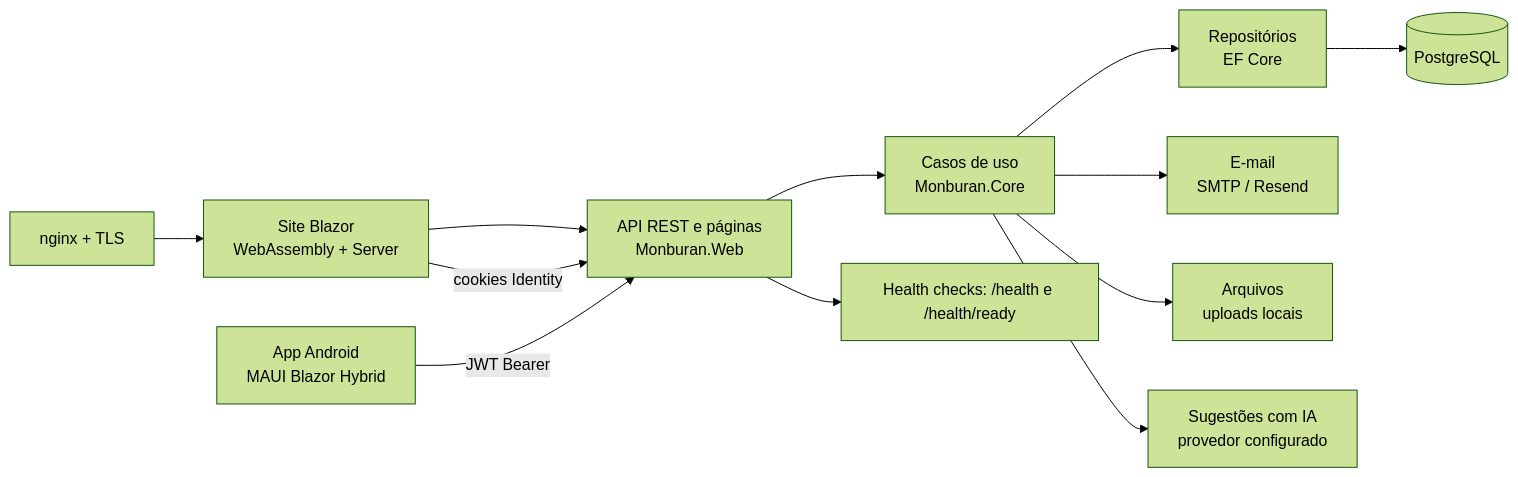
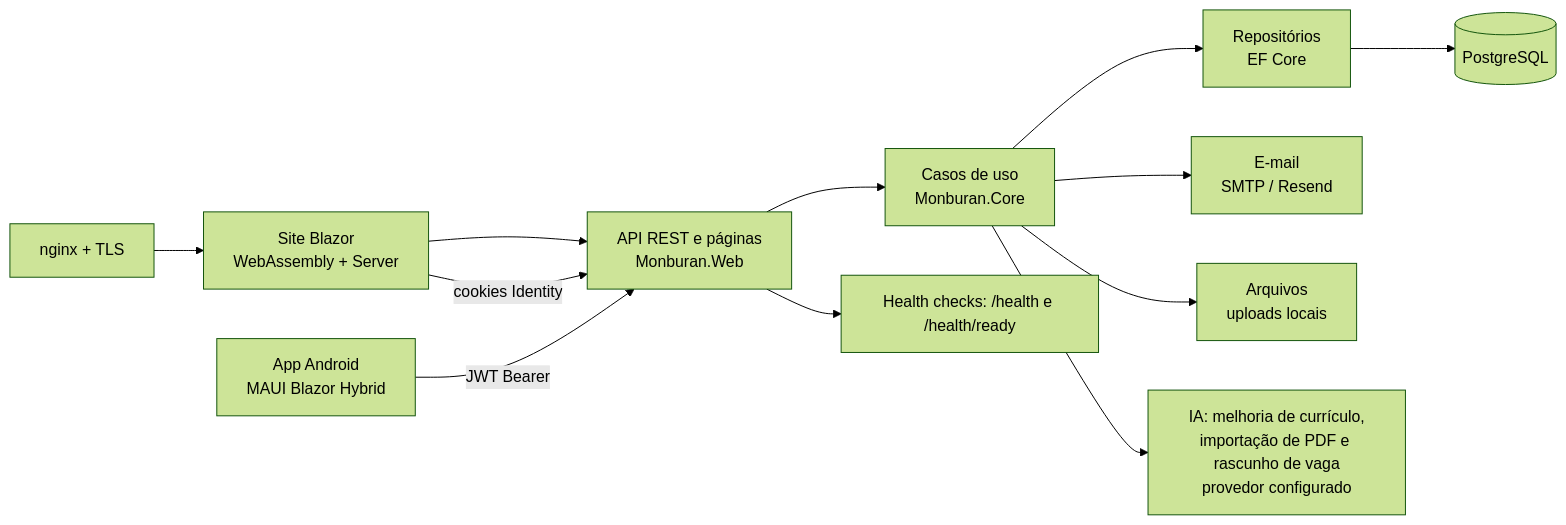
The second of 4 diagrams in docs/fluxo-projeto.md (RondineleG/Monburan), drawn with Mermaid (forest theme) before and after one commit. The commit also changed other lines of this file and 9 other files, not shown here.

````diff
--- a/docs/fluxo-projeto.md
+++ b/docs/fluxo-projeto.md
@@ -38,14 +38,14 @@
 ```mermaid
 flowchart LR
     WEB[Site Blazor<br/>WebAssembly + Server] --> API
     APP[App Android<br/>MAUI Blazor Hybrid] -->|JWT Bearer| API
     WEB -->|cookies Identity| API
     API[API REST e páginas<br/>Monburan.Web] --> UC[Casos de uso<br/>Monburan.Core]
     UC --> REPO[Repositórios<br/>EF Core]
     REPO --> DB[(PostgreSQL)]
     UC --> MAIL[E-mail<br/>SMTP / Resend]
     UC --> FILES[Arquivos<br/>uploads locais]
-    UC --> IA[Sugestões com IA<br/>provedor configurado]
+    UC --> IA[IA: melhoria de currículo,<br/>importação de PDF e rascunho de vaga<br/>provedor configurado]
     API --> HEALTH["Health checks: /health e /health/ready"]
     NGINX[nginx + TLS] --> WEB
 ```
````
